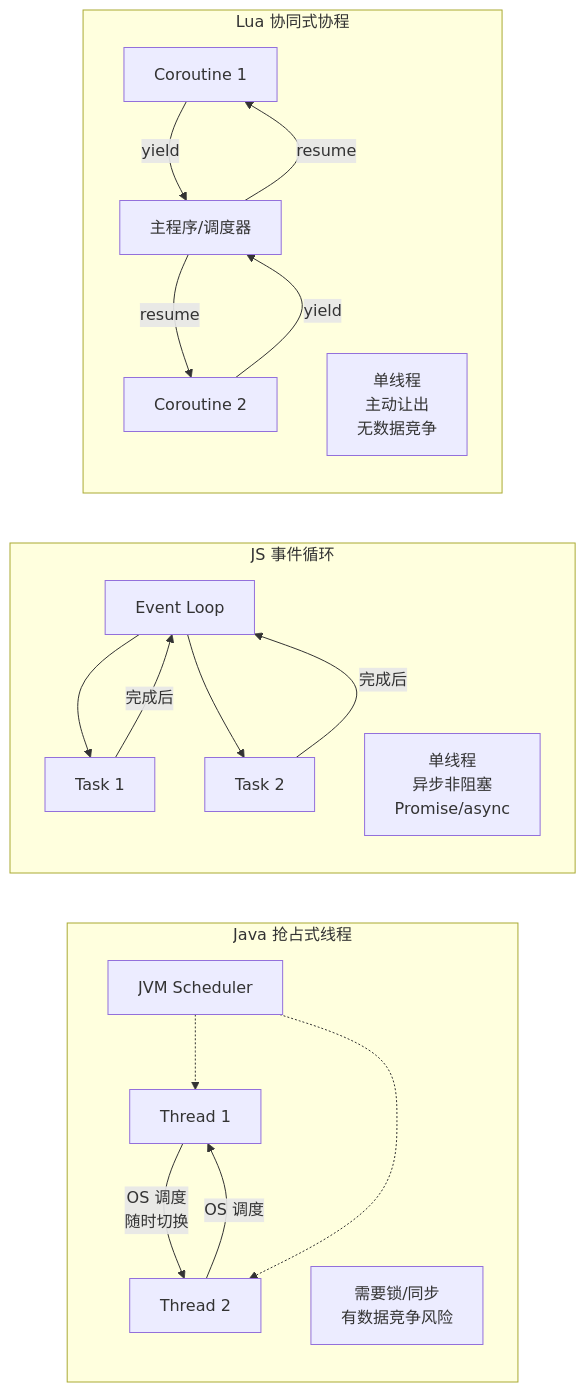
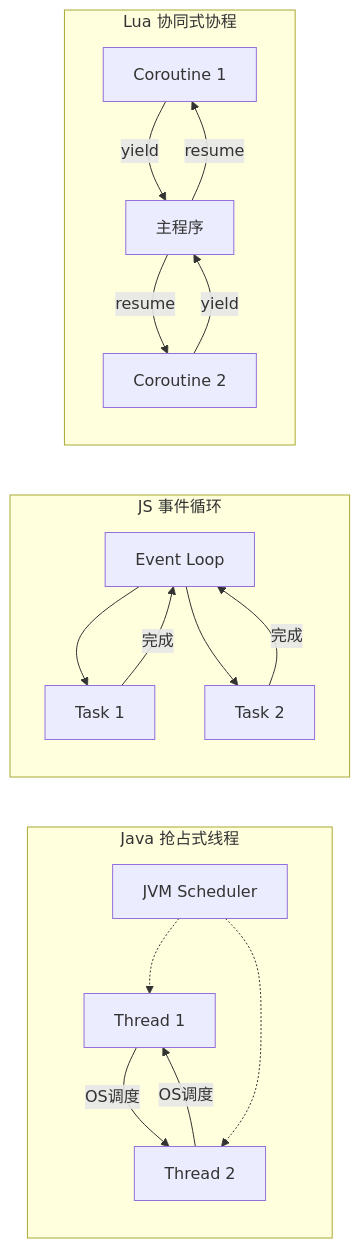
The seventh of 8 diagrams in Lua deep dive guide detailed.md (XbLuzk/Lua-deep-dive-guide-detailed), drawn with Mermaid before and after one commit. The commit also changed other lines of this file, not shown here.

First line of the commit message:
Update Lua deep dive guide detailed.md

````diff
--- a/Lua deep dive guide detailed.md
+++ b/Lua deep dive guide detailed.md
@@ -2090,26 +2105,23 @@
 ```mermaid
 graph LR
-    subgraph "Java 抢占式线程"
-        JT1[Thread 1] --> |"OS 调度<br/>随时切换"| JT2[Thread 2]
-        JT2 --> |"OS 调度"| JT1
+    subgraph java["Java 抢占式线程"]
+        JT1[Thread 1] -->|OS调度| JT2[Thread 2]
+        JT2 -->|OS调度| JT1
         JS[JVM Scheduler] -.-> JT1
         JS -.-> JT2
-        note1["需要锁/同步<br/>有数据竞争风险"]
     end
     
-    subgraph "JS 事件循环"
+    subgraph js["JS 事件循环"]
         EL[Event Loop] --> CB1[Task 1]
-        CB1 --> |"完成后"| EL
+        CB1 -->|完成| EL
         EL --> CB2[Task 2]
-        CB2 --> |"完成后"| EL
-        note2["单线程<br/>异步非阻塞<br/>Promise/async"]
+        CB2 -->|完成| EL
     end
     
-    subgraph "Lua 协同式协程"
-        CO1[Coroutine 1] --> |"yield"| MAIN[主程序/调度器]
-        MAIN --> |"resume"| CO1
-        MAIN --> |"resume"| CO2[Coroutine 2]
-        CO2 --> |"yield"| MAIN
-        note3["单线程<br/>主动让出<br/>无数据竞争"]
+    subgraph lua["Lua 协同式协程"]
+        CO1[Coroutine 1] -->|yield| MAIN[主程序]
+        MAIN -->|resume| CO1
+        MAIN -->|resume| CO2[Coroutine 2]
+        CO2 -->|yield| MAIN
     end
 ```
````
